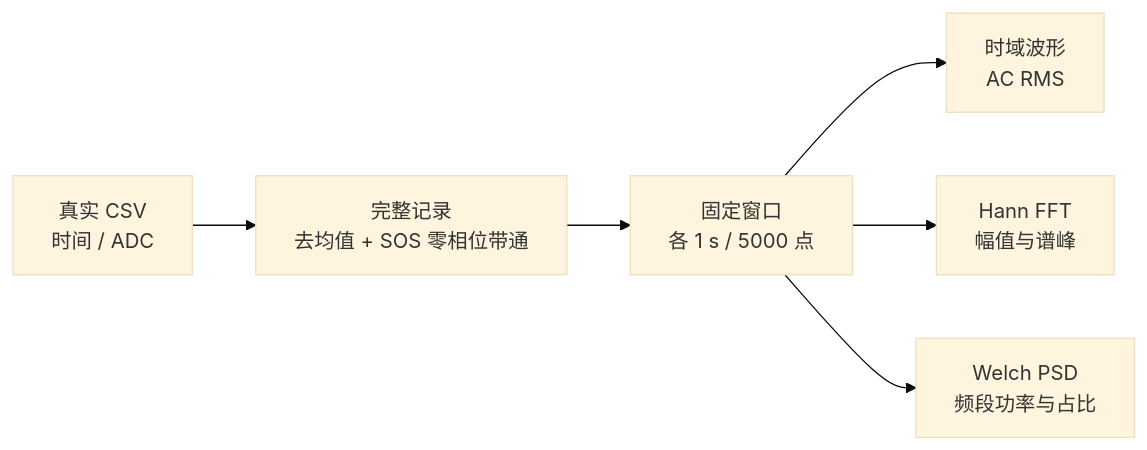
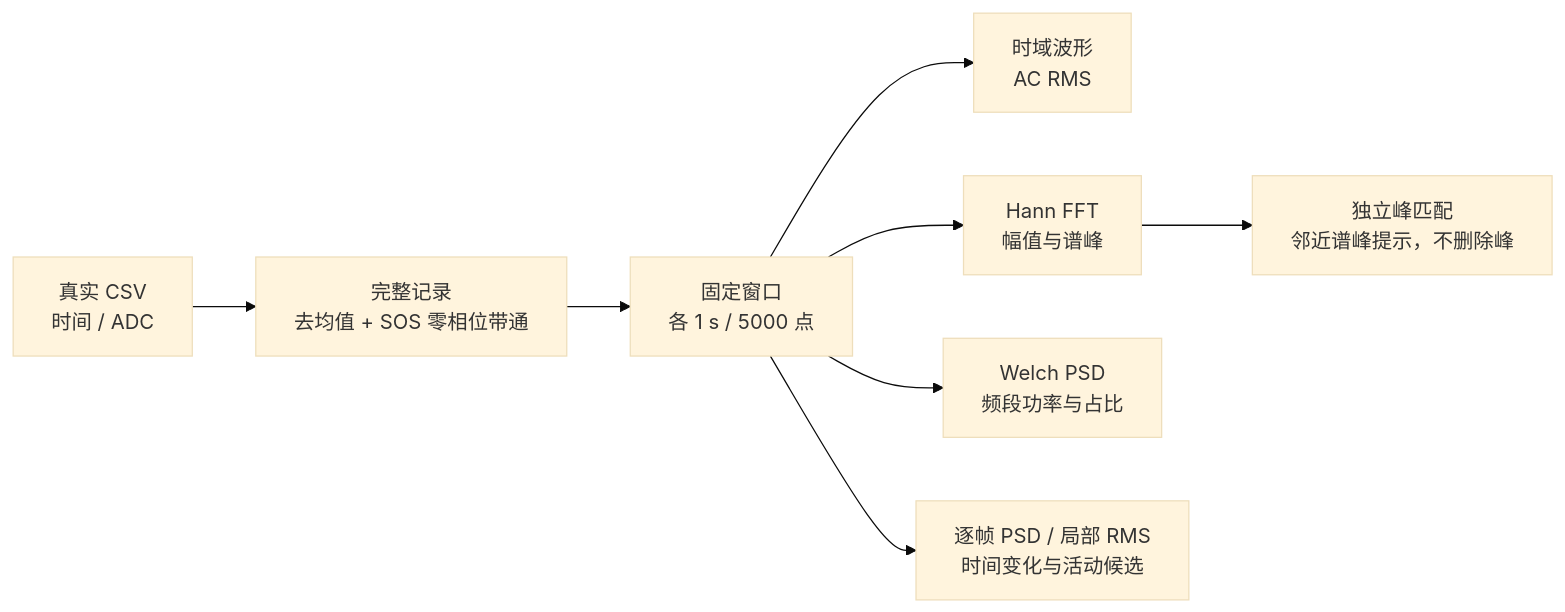
One commit to Supercraft-1/Liquor_Sloshing_Signal_Analysis changed the diagram in README.md. Above: the diagram before and after it, drawn with Mermaid (base theme). The commit also changed other lines of this file and 22 other files, not shown here.

````diff
--- a/README.md
+++ b/README.md
@@ -96,8 +121,10 @@
 ```mermaid
 flowchart LR
     A["真实 CSV<br/>时间 / ADC"] --> B["完整记录<br/>去均值 + SOS 零相位带通"]
     B --> C["固定窗口<br/>各 1 s / 5000 点"]
     C --> D["时域波形<br/>AC RMS"]
     C --> E["Hann FFT<br/>幅值与谱峰"]
     C --> F["Welch PSD<br/>频段功率与占比"]
+    C --> G["逐帧 PSD / 局部 RMS<br/>时间变化与活动候选"]
+    E --> H["独立峰匹配<br/>邻近谱峰提示，不删除峰"]
 ```
````
